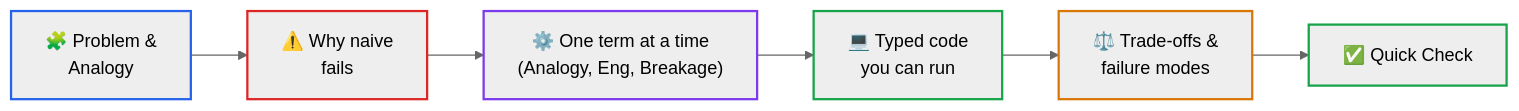
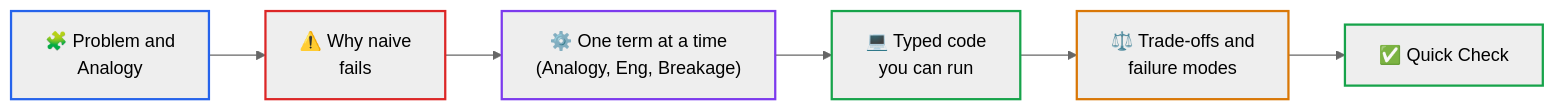
One commit to dip4k/senior-engineer-to-ai-engineer-roadmap changed the diagram in .agents/skills/ai-curriculum-refactoring/SKILL.md. Above: the diagram before and after it, drawn with Mermaid (neutral theme). The commit also changed other lines of this file and 94 other files, not shown here.

Commit message:
refactor(curriculum): complete Phase 04 upgrade and enforce diagram renderer invariants

````diff
--- a/.agents/skills/ai-curriculum-refactoring/SKILL.md
+++ b/.agents/skills/ai-curriculum-refactoring/SKILL.md
@@ -96,15 +96,15 @@
 ```mermaid
 flowchart LR
-    Prob["🧩 Problem &<br>Analogy"] --> Naive["⚠️ Why naive<br>fails"]
+    Prob["🧩 Problem and<br>Analogy"] --> Naive["⚠️ Why naive<br>fails"]
     Naive --> Mech["⚙️ One term at a time<br>(Analogy, Eng, Breakage)"]
     Mech --> Code["💻 Typed code<br>you can run"]
-    Code --> Trade["⚖️ Trade-offs &<br>failure modes"]
+    Code --> Trade["⚖️ Trade-offs and<br>failure modes"]
     Trade --> Check["✅ Quick Check"]
 
     style Prob stroke:#2563eb,stroke-width:2px
     style Naive stroke:#dc2626,stroke-width:2px
     style Mech stroke:#7c3aed,stroke-width:2px
     style Code stroke:#16a34a,stroke-width:2px
     style Trade stroke:#d97706,stroke-width:2px
     style Check stroke:#16a34a,stroke-width:2px
 ```
````
